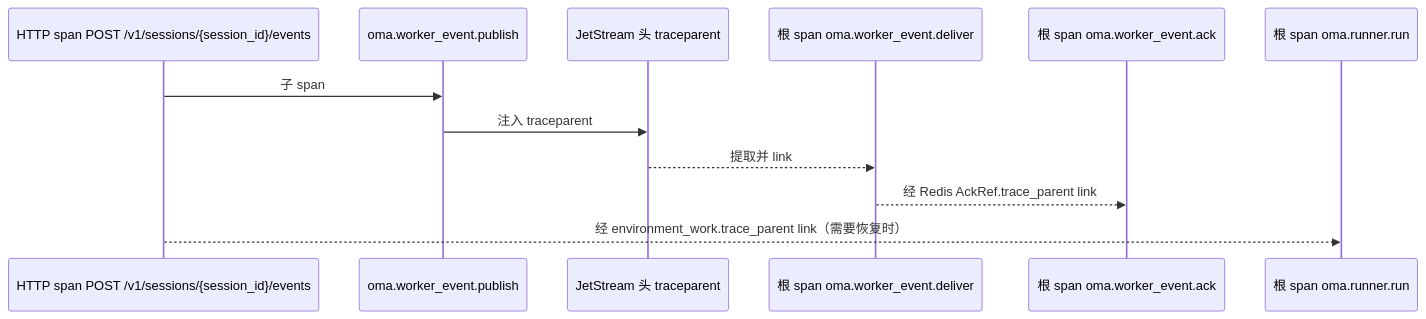
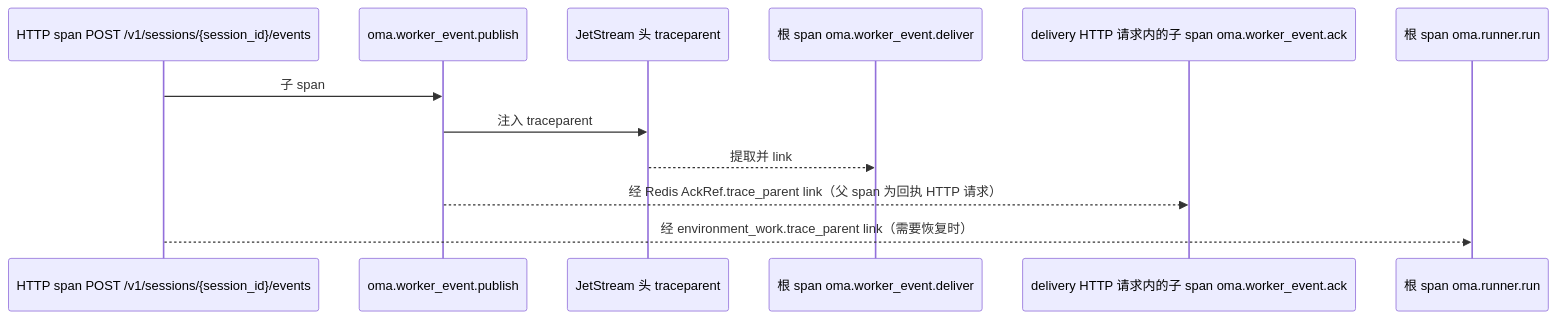
The third of 6 diagrams in docs/design/be/server-observability.md (superduck-ai/open-managed-agents), drawn with Mermaid before and after one commit. The commit also changed other lines of this file and 144 other files, not shown here.

First line of the commit message:
feat(observability): adapt server APM to Brain HTTP claims and add OMA dashboard

````diff
--- a/docs/design/be/server-observability.md
+++ b/docs/design/be/server-observability.md
@@ -168,14 +144,14 @@
 ```mermaid
 sequenceDiagram
     participant API as HTTP span POST /v1/sessions/{session_id}/events
     participant PUB as oma.worker_event.publish
     participant JS as JetStream 头 traceparent
     participant DEL as 根 span oma.worker_event.deliver
-    participant ACK as 根 span oma.worker_event.ack
+    participant ACK as delivery HTTP 请求内的子 span oma.worker_event.ack
     participant RUN as 根 span oma.runner.run
     API->>PUB: 子 span
     PUB->>JS: 注入 traceparent
     JS-->>DEL: 提取并 link
-    DEL-->>ACK: 经 Redis AckRef.trace_parent link
+    PUB-->>ACK: 经 Redis AckRef.trace_parent link（父 span 为回执 HTTP 请求）
     API-->>RUN: 经 environment_work.trace_parent link（需要恢复时）
 ```
````
